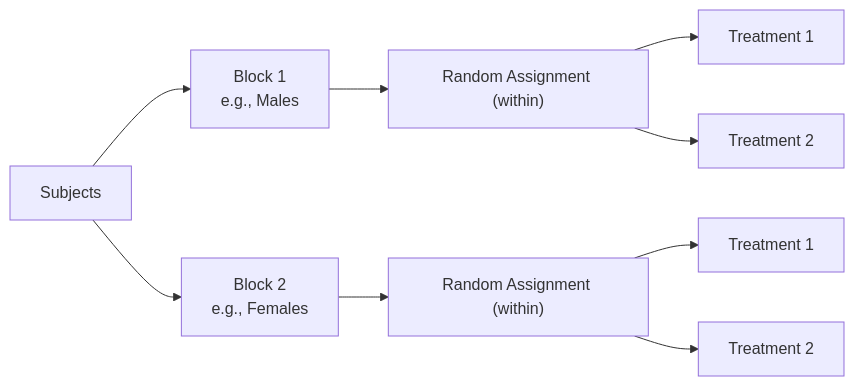
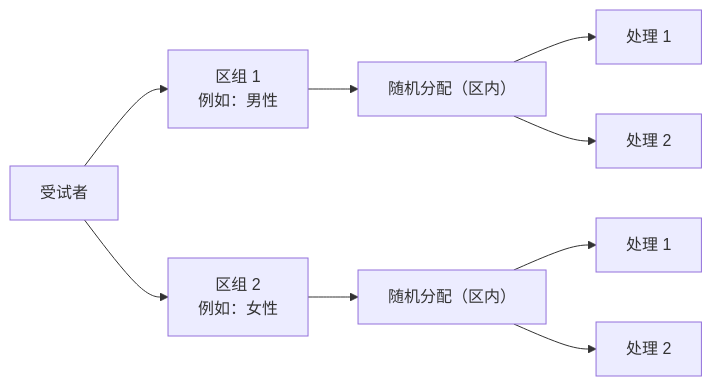
The second of 2 diagrams in Math/Statistics/AP_Statistics/Experimental_Design.md (xieguaiwu/Notes), drawn with Mermaid before and after one commit. The commit also changed other lines of this file and 30 other files, not shown here.

Commit message:
obsidian-note-generation: translate all AP Statistics notes to Chinese, fix format issues (H1, --- separators, Unicode→LaTeX), add chart types review note

````diff
--- a/Math/Statistics/AP_Statistics/Experimental_Design.md
+++ b/Math/Statistics/AP_Statistics/Experimental_Design.md
@@ -68,11 +68,11 @@
 ```mermaid
 flowchart LR
-    A[Subjects] --> B[Block 1<br/>e.g., Males]
-    A --> C[Block 2<br/>e.g., Females]
-    B --> D["Random Assignment (within)"]
-    C --> E["Random Assignment (within)"]
-    D --> F[Treatment 1]
-    D --> G[Treatment 2]
-    E --> H[Treatment 1]
-    E --> I[Treatment 2]
+    A[受试者] --> B[区组 1<br/>例如：男性]
+    A --> C[区组 2<br/>例如：女性]
+    B --> D["随机分配（区内）"]
+    C --> E["随机分配（区内）"]
+    D --> F[处理 1]
+    D --> G[处理 2]
+    E --> H[处理 1]
+    E --> I[处理 2]
 ```
````
